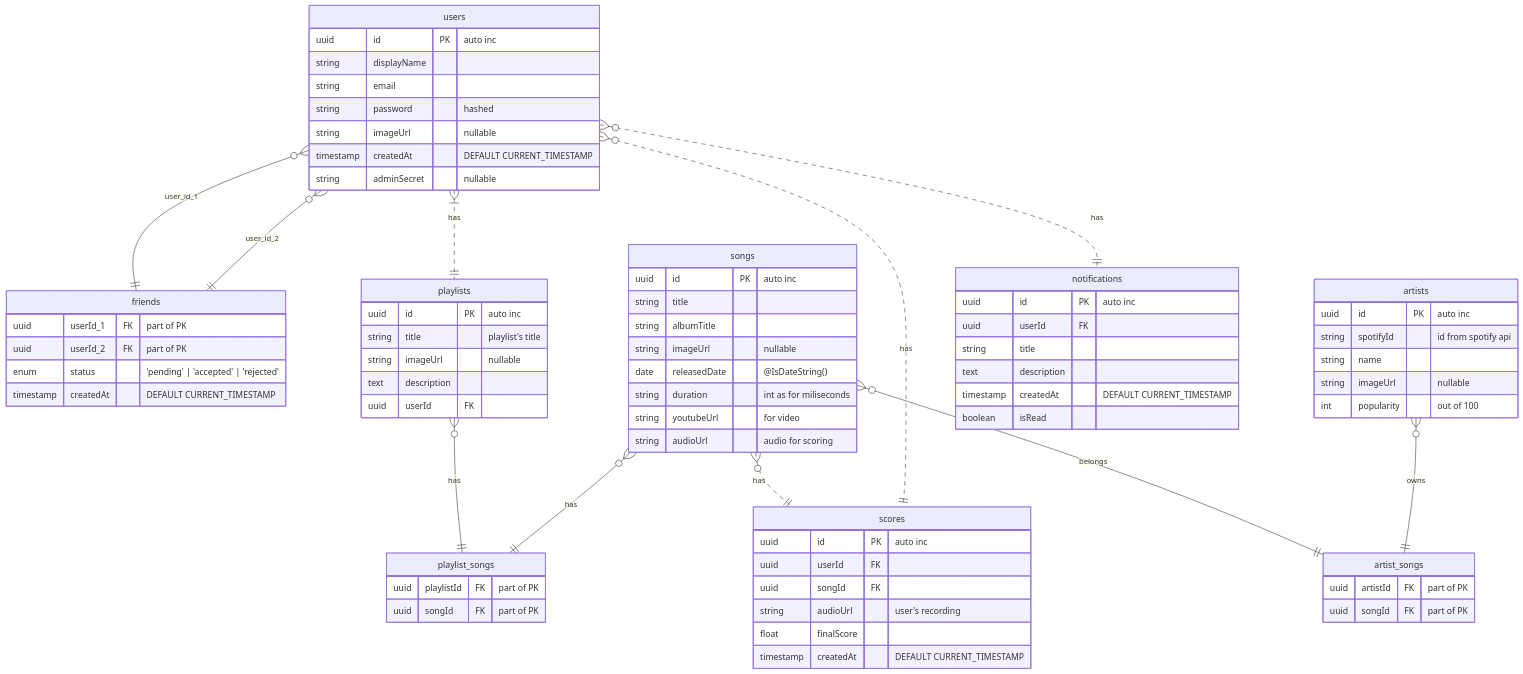
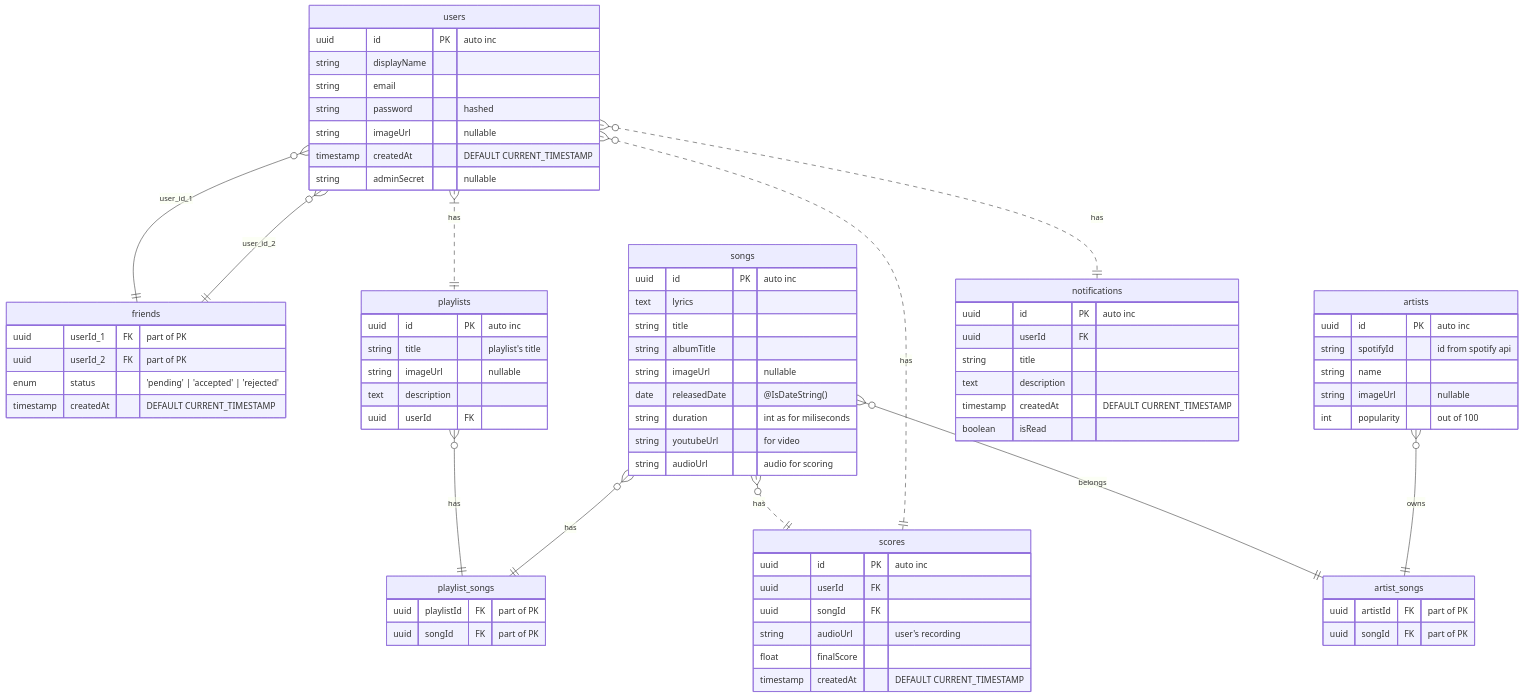
The first of 2 diagrams in README.md (manoke-uit/.github), drawn with Mermaid before and after one commit. The commit also changed other lines of this file, not shown here.

Commit message:
docs: update schema + architecture

````diff
--- a/README.md
+++ b/README.md
@@ -2,78 +2,79 @@
 ``` mermaid
 erDiagram
     users {
         uuid id PK "auto inc"
         string displayName
         string email
         string password "hashed"
         string imageUrl "nullable"
         timestamp createdAt "DEFAULT CURRENT_TIMESTAMP"
         string adminSecret "nullable"
     }
     friends {
         uuid userId_1 FK "part of PK"
         uuid userId_2 FK "part of PK"
         enum status "'pending' | 'accepted' | 'rejected'"
         timestamp createdAt "DEFAULT CURRENT_TIMESTAMP"
     }
     songs {
         uuid id PK "auto inc"
+        text lyrics
         string title
         string albumTitle
         string imageUrl "nullable"
         date releasedDate "@IsDateString()"
         string duration "int as for miliseconds" 
         string youtubeUrl "for video"
         string audioUrl "audio for scoring"
     }
     playlists {
         uuid id PK "auto inc"
         string title "playlist's title"
         string imageUrl "nullable"
         text description
         uuid userId FK
     }
     playlist_songs {
         uuid playlistId FK "part of PK"
         uuid songId FK "part of PK"
     }
     artists {
         uuid id PK "auto inc"
         string spotifyId "id from spotify api"
         string name
         string imageUrl "nullable"
         int popularity "out of 100"
     }
     artist_songs {
         uuid artistId FK "part of PK"
         uuid songId FK "part of PK"
     }
     scores {
         uuid id PK "auto inc"
         uuid userId FK
         uuid songId FK
         string audioUrl "user's recording"
         float finalScore
         timestamp createdAt "DEFAULT CURRENT_TIMESTAMP"
     }
     notifications {
         uuid id PK "auto inc"
         uuid userId FK
         string title
         text description
         timestamp createdAt "DEFAULT CURRENT_TIMESTAMP"
         boolean isRead
     }
     
     songs }o--|| artist_songs: belongs
     users }o..|| notifications: has
     users }o--|| friends: user_id_1
     users }o--|| friends: user_id_2
     users }|..|| playlists: has
     songs }o..|| scores: has
     users }o..|| scores: has
     playlists }o--|| playlist_songs: has
     songs }o--|| playlist_songs: has
     artists }o--|| artist_songs: owns
     
 ```
````
